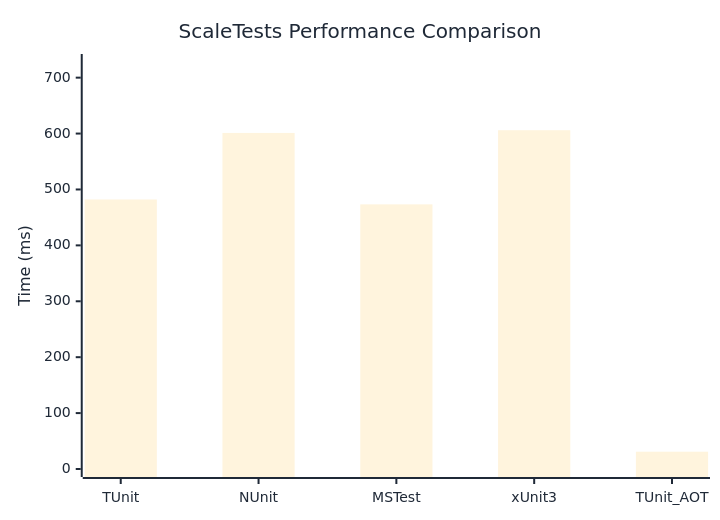
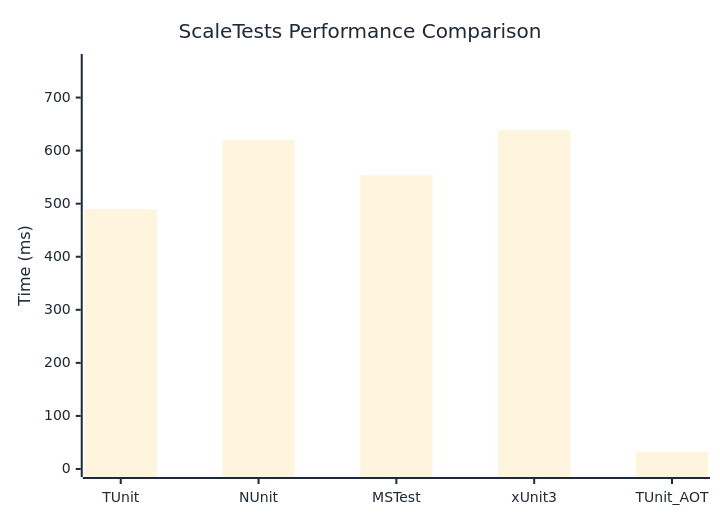
The diagram in docs/docs/benchmarks/ScaleTests.md (thomhurst/TUnit), drawn with Mermaid before and after one commit. The commit also changed other lines of this file and 17 other files, not shown here.

````diff
--- a/docs/docs/benchmarks/ScaleTests.md
+++ b/docs/docs/benchmarks/ScaleTests.md
@@ -27,37 +27,37 @@
 ```mermaid
 %%{init: {
   'theme':'base',
   'themeVariables': {
     'primaryColor': '#2563eb',
     'primaryTextColor': '#1f2937',
     'primaryBorderColor': '#1e40af',
     'lineColor': '#6b7280',
     'secondaryColor': '#7c3aed',
     'tertiaryColor': '#dc2626',
     'background': '#ffffff',
     'mainBkg': '#2563eb',
     'secondBkg': '#7c3aed',
     'tertiaryBkg': '#dc2626',
     'clusterBkg': '#f3f4f6',
     'edgeLabelBackground': '#ffffff',
     'tertiaryTextColor': '#1f2937',
     'pie1': '#2563eb',
     'pie2': '#7c3aed',
     'pie3': '#dc2626',
     'pie4': '#f59e0b',
     'pie5': '#10b981',
     'pie6': '#06b6d4',
     'pie7': '#ec4899',
     'pie8': '#6366f1',
     'pie9': '#84cc16',
     'pie10': '#f97316',
     'pie11': '#14b8a6',
     'pie12': '#a855f7'
   }
 }}%%
 xychart-beta
   title "ScaleTests Performance Comparison"
   x-axis ["TUnit", "NUnit", "MSTest", "xUnit3", "TUnit_AOT"]
-  y-axis "Time (ms)" 0 --> 728
-  bar [482.09, 601.13, 473.36, 606, 30.96]
+  y-axis "Time (ms)" 0 --> 767
+  bar [489.96, 619.59, 553.58, 638.5, 32.23]
 ```
````
